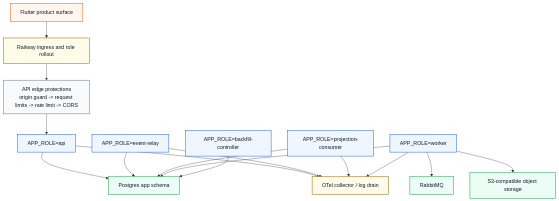
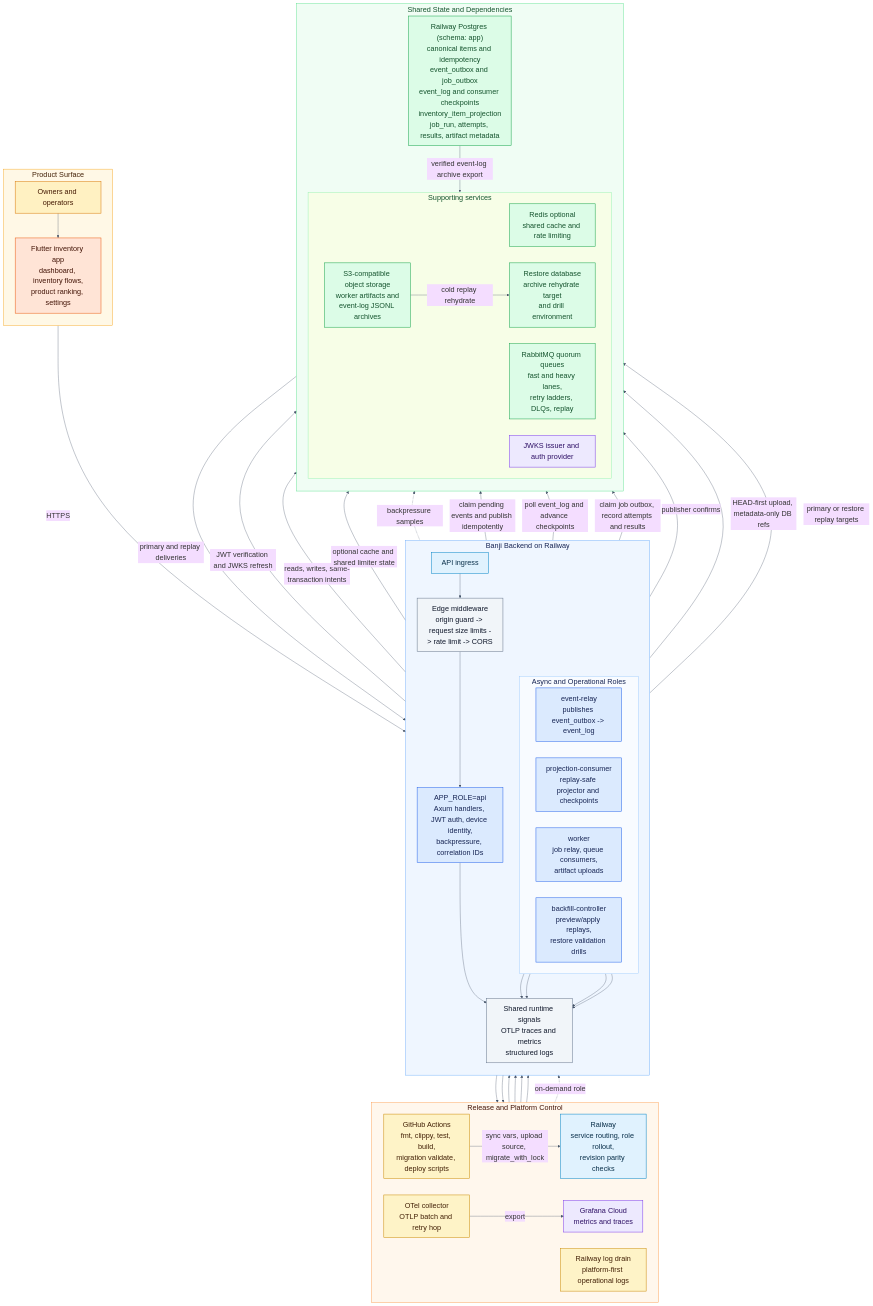
The diagram in SYSTEM_ARCHITECTURE.mmd (Svanny/kaur-khor), drawn with Mermaid before and after one commit. The commit also changed 2 other files, not shown here.

Commit message:
docs(architecture): refresh system diagram for current topology
Summary:
- replace the minimal Mermaid system diagram with a fuller view of the current Banji runtime topology
- document the Flutter surface, Railway rollout contract, runtime roles, shared data plane, and observability path in the source diagram
- regenerate the SVG and PNG artifacts after tightening layout, color grouping, and label readability

Reviewer notes:
- SYSTEM_ARCHITECTURE.mmd now reflects the implemented api, event-relay, projection-consumer, worker, and backfill-controller roles
- the data plane now calls out Postgres as the source of truth plus Redis, RabbitMQ, object storage, restore DB, and JWKS dependencies
- the rendered assets were rebuilt from the updated Mermaid source and visually checked for readability

Validation:
- rendered SYSTEM_ARCHITECTURE.svg from SYSTEM_ARCHITECTURE.mmd with mmdc
- rendered SYSTEM_ARCHITECTURE.png from SYSTEM_ARCHITECTURE.mmd with mmdc and inspected the image output

```diff
--- a/SYSTEM_ARCHITECTURE.mmd
+++ b/SYSTEM_ARCHITECTURE.mmd
@@ -1,33 +1,106 @@
+%%{init: {
+  "theme": "base",
+  "themeVariables": {
+    "fontFamily": "Avenir Next, Segoe UI, Helvetica Neue, Arial, sans-serif",
+    "background": "#fffaf0",
+    "fontSize": "22px",
+    "lineColor": "#475569",
+    "textColor": "#0f172a"
+  }
+}}%%
 flowchart TB
-  classDef app fill:#fff7ed,stroke:#ea580c,color:#0f172a,stroke-width:1.5px;
-  classDef runtime fill:#eff6ff,stroke:#2563eb,color:#0f172a,stroke-width:1.5px;
-  classDef store fill:#ecfdf5,stroke:#16a34a,color:#0f172a,stroke-width:1.5px;
-  classDef ops fill:#fefce8,stroke:#a16207,color:#0f172a,stroke-width:1.5px;
-  classDef control fill:#f8fafc,stroke:#64748b,color:#0f172a,stroke-width:1.5px;
+  classDef persona fill:#fff1c2,stroke:#d97706,color:#451a03,stroke-width:1.5px;
+  classDef app fill:#ffe4d6,stroke:#ea580c,color:#431407,stroke-width:1.5px;
+  classDef platform fill:#e0f2fe,stroke:#0284c7,color:#082f49,stroke-width:1.5px;
+  classDef runtime fill:#dbeafe,stroke:#2563eb,color:#172554,stroke-width:1.5px;
+  classDef store fill:#dcfce7,stroke:#16a34a,color:#14532d,stroke-width:1.5px;
+  classDef ops fill:#fef3c7,stroke:#ca8a04,color:#422006,stroke-width:1.5px;
+  classDef control fill:#f1f5f9,stroke:#64748b,color:#0f172a,stroke-width:1.5px;
+  classDef external fill:#ede9fe,stroke:#7c3aed,color:#2e1065,stroke-width:1.5px;
 
-  app["Flutter product surface"]:::app
-  railway["Railway ingress and role rollout"]:::ops
-  edge["API edge protections<br/>origin guard -> request limits -> rate limit -> CORS"]:::control
-  api["APP_ROLE=api"]:::runtime
-  relay["APP_ROLE=event-relay"]:::runtime
-  projection["APP_ROLE=projection-consumer"]:::runtime
-  worker["APP_ROLE=worker"]:::runtime
-  backfill["APP_ROLE=backfill-controller"]:::runtime
+  subgraph surface["Product Surface"]
+    direction TB
+    operators["Owners and operators"]:::persona
+    flutter["Flutter inventory app<br/>dashboard, inventory flows,<br/>product ranking, settings"]:::app
+    operators --> flutter
+  end
 
-  postgres["Postgres app schema"]:::store
-  rabbit["RabbitMQ"]:::store
-  object_storage["S3-compatible object storage"]:::store
-  otel["OTel collector / log drain"]:::ops
+  subgraph delivery["Release and Platform Control"]
+    direction LR
+    github["GitHub Actions<br/>fmt, clippy, test, build,<br/>migration validate, deploy scripts"]:::ops
+    railway["Railway<br/>service routing, role rollout,<br/>revision parity checks"]:::platform
+    collector["OTel collector<br/>OTLP batch and retry hop"]:::ops
+    logsink["Railway log drain<br/>platform-first operational logs"]:::ops
+    grafana["Grafana Cloud<br/>metrics and traces"]:::external
+    github -->|sync vars, upload source, migrate_with_lock| railway
+    collector -->|export| grafana
+  end
 
-  app --> railway --> edge --> api
-  api --> postgres
-  relay --> postgres
-  projection --> postgres
-  worker --> postgres
-  worker --> rabbit
-  worker --> object_storage
-  backfill --> postgres
-  api --> otel
-  relay --> otel
-  projection --> otel
-  worker --> otel
+  subgraph runtime_plane["Banji Backend on Railway"]
+    direction TB
+    ingress["API ingress"]:::platform
+    edge["Edge middleware<br/>origin guard -> request size limits -> rate limit -> CORS"]:::control
+    api["APP_ROLE=api<br/>Axum handlers, JWT auth, device identity,<br/>backpressure, correlation IDs"]:::runtime
+
+    subgraph async_roles["Async and Operational Roles"]
+      direction LR
+      relay["event-relay<br/>publishes event_outbox -> event_log"]:::runtime
+      projection["projection-consumer<br/>replay-safe projector and checkpoints"]:::runtime
+      worker["worker<br/>job relay, queue consumers,<br/>artifact uploads"]:::runtime
+      backfill["backfill-controller<br/>preview/apply replays,<br/>restore validation drills"]:::runtime
+    end
+
+    telemetry["Shared runtime signals<br/>OTLP traces and metrics<br/>structured logs"]:::control
+  end
+
+  subgraph data_plane["Shared State and Dependencies"]
+    direction TB
+    postgres["Railway Postgres (schema: app)<br/>canonical items and idempotency<br/>event_outbox and job_outbox<br/>event_log and consumer checkpoints<br/>inventory_item_projection<br/>job_run, attempts, results, artifact metadata"]:::store
+
+    subgraph integrations["Supporting services"]
+      direction LR
+      redis["Redis optional<br/>shared cache and rate limiting"]:::store
+      rabbit["RabbitMQ quorum queues<br/>fast and heavy lanes,<br/>retry ladders, DLQs, replay"]:::store
+      objectstore["S3-compatible object storage<br/>worker artifacts and<br/>event-log JSONL archives"]:::store
+      restoredb["Restore database<br/>archive rehydrate target<br/>and drill environment"]:::store
+      idp["JWKS issuer and auth provider"]:::external
+    end
+  end
+
+  flutter -->|HTTPS| ingress
+  railway --> ingress
+  railway --> relay
+  railway --> projection
+  railway --> worker
+  railway -. on-demand role .-> backfill
+
+  ingress --> edge --> api
+  api -->|JWT verification and JWKS refresh| idp
+  api -->|reads, writes, same-transaction intents| postgres
+  api -->|optional cache and shared limiter state| redis
+  api -. backpressure samples .-> postgres
+
+  relay -->|claim pending events and publish idempotently| postgres
+  projection -->|poll event_log and advance checkpoints| postgres
+  worker -->|claim job outbox, record attempts and results| postgres
+  worker -->|publisher confirms| rabbit
+  rabbit -->|primary and replay deliveries| worker
+  worker -->|HEAD-first upload, metadata-only DB refs| objectstore
+  backfill -->|primary or restore replay targets| postgres
+  postgres -->|verified event-log archive export| objectstore
+  objectstore -->|cold replay rehydrate| restoredb
+
+  api --> telemetry
+  relay --> telemetry
+  projection --> telemetry
+  worker --> telemetry
+  backfill --> telemetry
+  telemetry --> collector
+  telemetry --> logsink
+
+  style surface fill:#fff8e6,stroke:#f59e0b,stroke-width:1.2px,color:#422006
+  style delivery fill:#fff7ed,stroke:#fb923c,stroke-width:1.2px,color:#431407
+  style runtime_plane fill:#eff6ff,stroke:#60a5fa,stroke-width:1.2px,color:#172554
+  style async_roles fill:#f8fbff,stroke:#93c5fd,stroke-width:1.2px,color:#172554
+  style data_plane fill:#f0fdf4,stroke:#4ade80,stroke-width:1.2px,color:#14532d
+  style integrations fill:#f7fee7,stroke:#86efac,stroke-width:1.2px,color:#14532d
```
